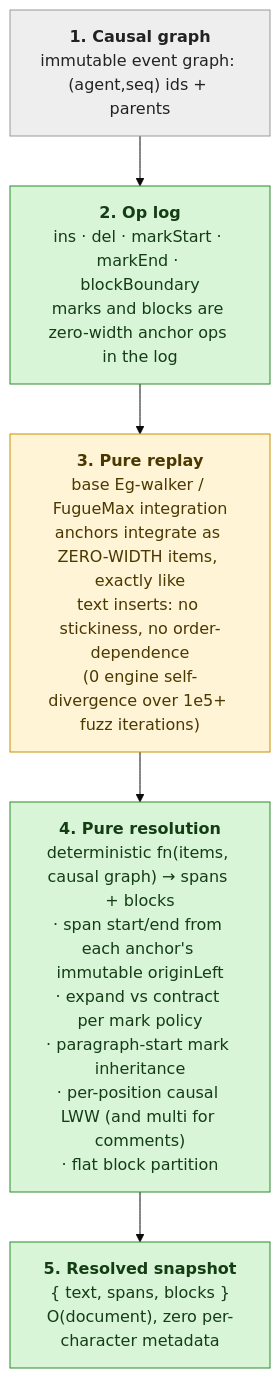
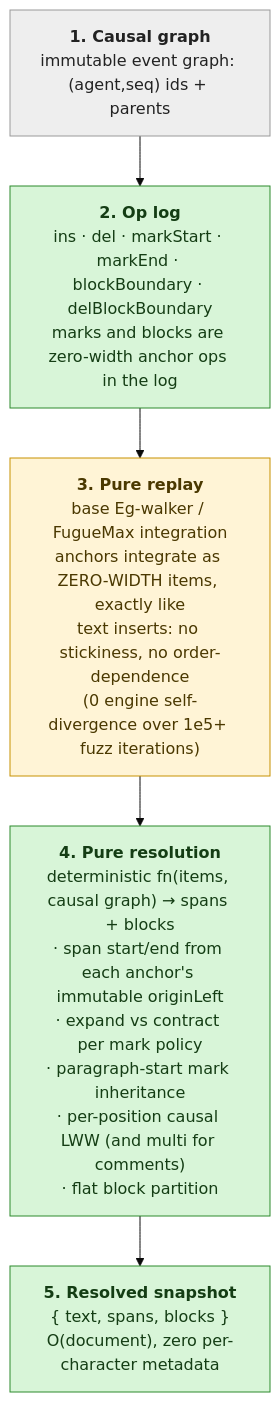
One commit to catancs/eg-walker-richtext changed the second of 2 diagrams in README.md. Above: the diagram before and after it, drawn with Mermaid (base theme). The commit also changed other lines of this file and 1 other file, not shown here.

First line of the commit message:
docs: reflect the sixth op (delBlockBoundary) and current test count

````diff
--- a/README.md
+++ b/README.md
@@ -95,17 +95,17 @@
 ```mermaid
 flowchart TD
     CG["<b>1. Causal graph</b><br/>immutable event graph: (agent,seq) ids + parents"]
-    OL["<b>2. Op log</b><br/>ins · del · markStart · markEnd · blockBoundary<br/>marks and blocks are zero-width anchor ops in the log"]
+    OL["<b>2. Op log</b><br/>ins · del · markStart · markEnd · blockBoundary · delBlockBoundary<br/>marks and blocks are zero-width anchor ops in the log"]
     RP["<b>3. Pure replay</b><br/>base Eg-walker / FugueMax integration<br/>anchors integrate as ZERO-WIDTH items, exactly like<br/>text inserts: no stickiness, no order-dependence<br/>(0 engine self-divergence over 1e5+ fuzz iterations)"]
     RS["<b>4. Pure resolution</b><br/>deterministic fn(items, causal graph) → spans + blocks<br/>· span start/end from each anchor's immutable originLeft<br/>· expand vs contract per mark policy<br/>· paragraph-start mark inheritance<br/>· per-position causal LWW (and multi for comments)<br/>· flat block partition"]
     SN["<b>5. Resolved snapshot</b><br/>{ text, spans, blocks }<br/>O(document), zero per-character metadata"]
 
     CG --> OL --> RP --> RS --> SN
 
     classDef vendored fill:#eeeeee,stroke:#999999,color:#222222;
     classDef extended fill:#fff4d6,stroke:#c79100,color:#4a3800;
     classDef novel fill:#d8f5d8,stroke:#2c8a2c,color:#143d14;
     class CG vendored;
     class RP extended;
     class OL,RS,SN novel;
 ```
````
